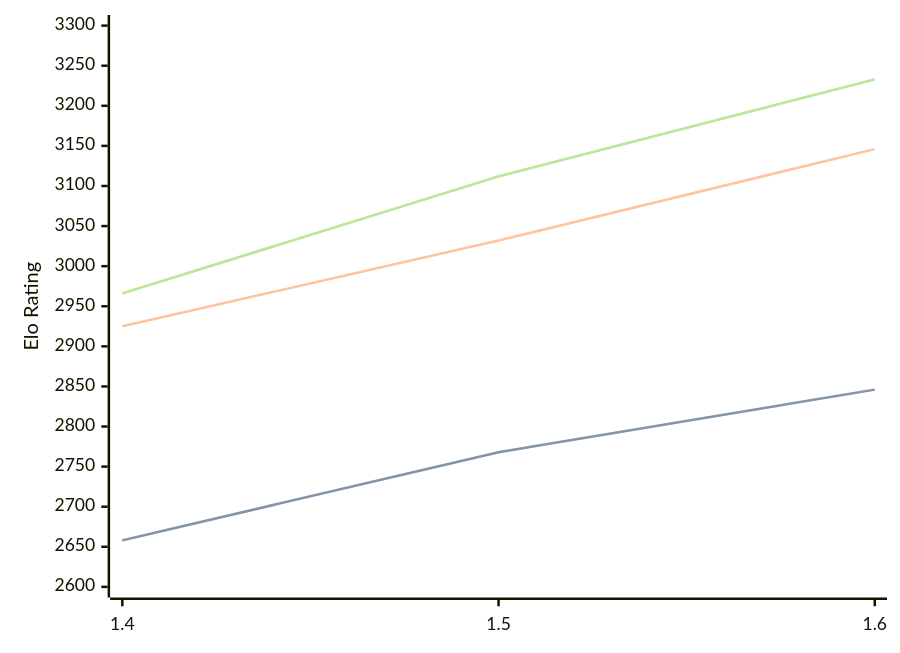
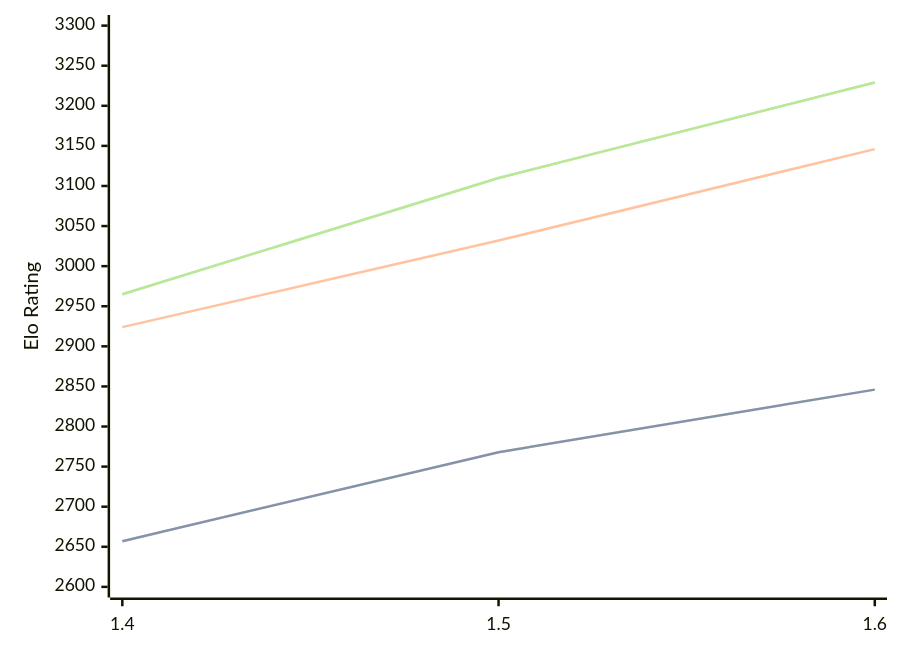
Before and after one commit to computer-chess-index/cci: the diagram in engines/Yakka.md, drawn with Mermaid. The commit also changed other lines of this file, not shown here.

Commit message:
Update CCI Ratings (ELO VLTC) - 2026-10-01

````diff
--- a/engines/Yakka.md
+++ b/engines/Yakka.md
@@ -33,11 +33,11 @@
 ```mermaid
 %%{init: {"theme":"base","themeVariables":{"seriesColors:['#a3a3a3','#222221','#faa371']}}}%%
 xychart-beta
   x-axis ["1.4", "1.5", "1.6"]
   y-axis "Elo Rating" 2600 --> 3300
-  line "" [2658, 2768, 2846]
-  line "STC (8.0+0.08s)" [2658, 2768, 2846]
-  line "LTC (60.0+0.60s)" [2925, 3032, 3146]
-  line "" [2966, 3112, 3233]
-  line "VLTC (2m24s+1.12s)" [2966, 3112, 3233]
+  line "" [2657, 2768, 2846]
+  line "STC (8.0+0.08s)" [2657, 2768, 2846]
+  line "LTC (60.0+0.60s)" [2924, 3032, 3146]
+  line "" [2965, 3110, 3229]
+  line "VLTC (2m24s+1.12s)" [2965, 3110, 3229]
 ```
````
